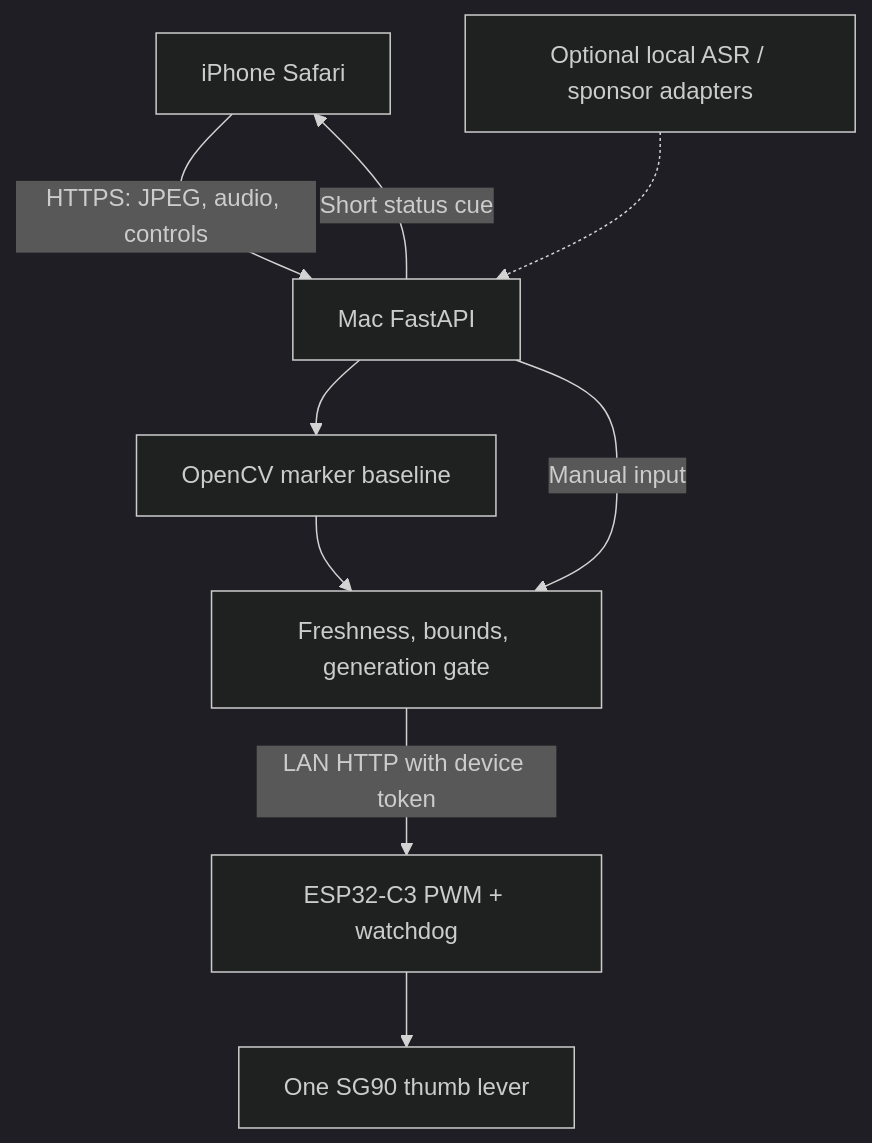
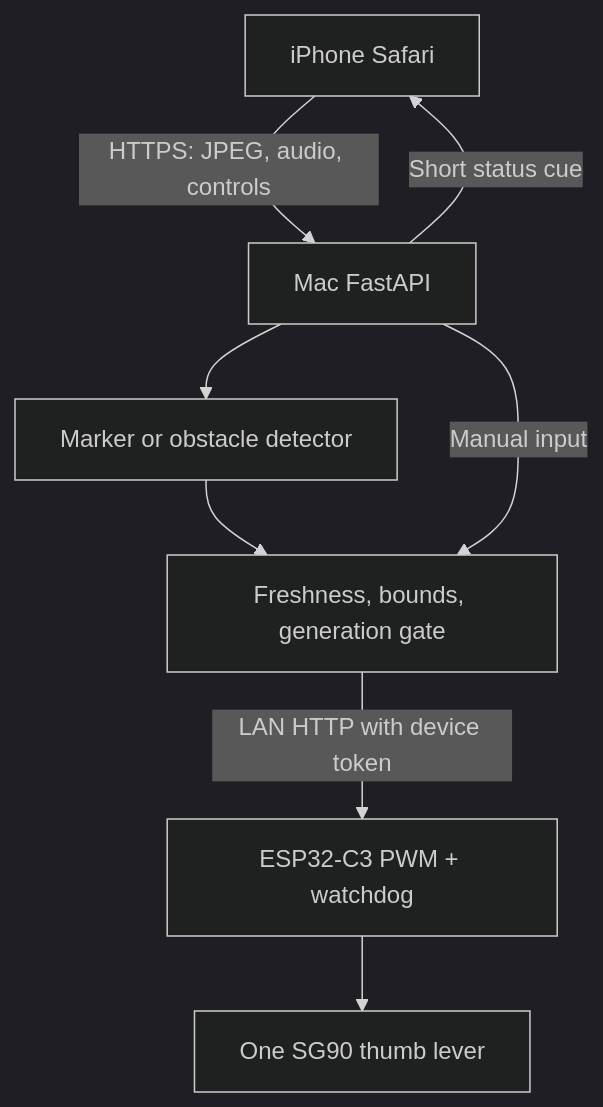
The diagram in README.md (Jog-sama/AHEAD), drawn with Mermaid (dark theme) before and after one commit. The commit also changed other lines of this file and 1 other file, not shown here.

````diff
--- a/README.md
+++ b/README.md
@@ -54,11 +33,10 @@
 ```mermaid
 flowchart TD
     Phone["iPhone Safari"] -->|"HTTPS: JPEG, audio, controls"| API["Mac FastAPI"]
-    API --> CV["OpenCV marker baseline"]
+    API --> CV["Marker or obstacle detector"]
     CV --> Gate["Freshness, bounds, generation gate"]
     API -->|"Manual input"| Gate
     Gate -->|"LAN HTTP with device token"| ESP["ESP32-C3 PWM + watchdog"]
     ESP --> Servo["One SG90 thumb lever"]
     API -->|"Short status cue"| Phone
-    Extension["Optional local ASR / sponsor adapters"] -.-> API
 ```
````
